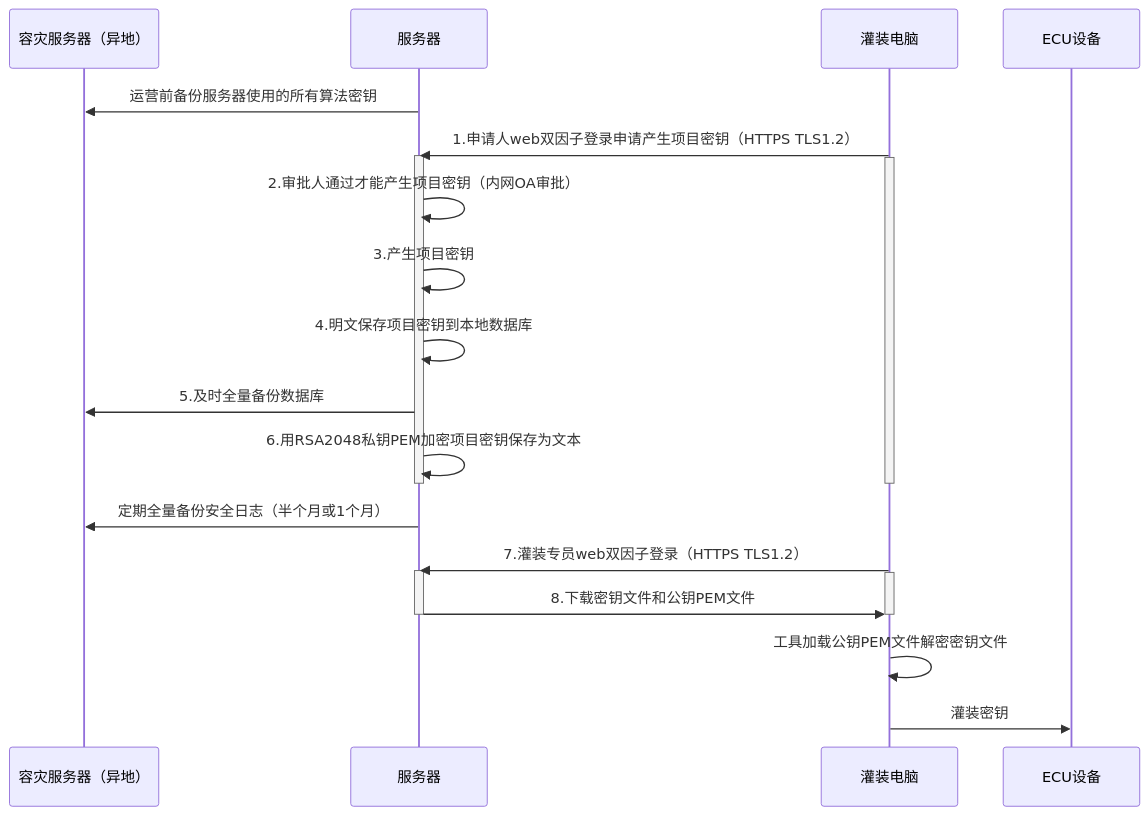
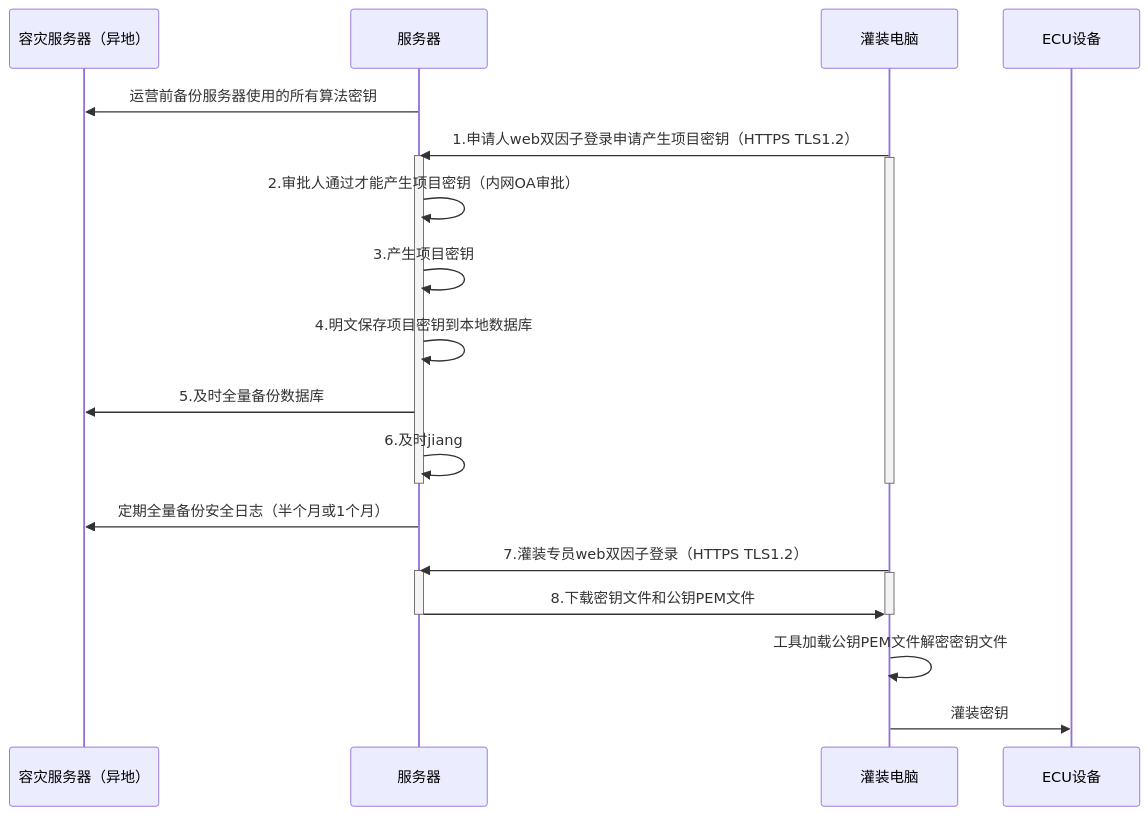
Before and after one commit to facebook-cloud/iodraw-files: the diagram in all/未命名-17.md, drawn with Mermaid.

Commit message:
2026-03-05 20:49:22 update

````diff
--- a/all/未命名-17.md
+++ b/all/未命名-17.md
@@ -1,32 +1,32 @@
 ```mermaid
 sequenceDiagram
     participant A as 容灾服务器（异地）
     participant B as 服务器
     participant D as 灌装电脑
     participant E as ECU设备
 
     B->>A: 运营前备份服务器使用的所有算法密钥
     D->>B: 1.申请人web双因子登录申请产生项目密钥（HTTPS TLS1.2）
     activate B
     activate D
     B->>B: 2.审批人通过才能产生项目密钥（内网OA审批）
     B->>B: 3.产生项目密钥
     B->>B: 4.明文保存项目密钥到本地数据库
     B->>A: 5.及时全量备份数据库
-    B->>B: 6.用RSA2048私钥PEM加密项目密钥保存为文本
+    B->>B: 6.及时jiang
     deactivate B
     deactivate D
 
     B->>A: 定期全量备份安全日志（半个月或1个月）
     
     D->>B: 7.灌装专员web双因子登录（HTTPS TLS1.2）
     activate B
     activate D
-    B->>D: 8.下载密钥文件和公钥PEM文件      
+    B->>D: 8.下载密钥文件和公钥PEM文件
     deactivate B
     deactivate D
 
     D->>D:工具加载公钥PEM文件解密密钥文件
     
     D->>E: 灌装密钥
 ```
````
